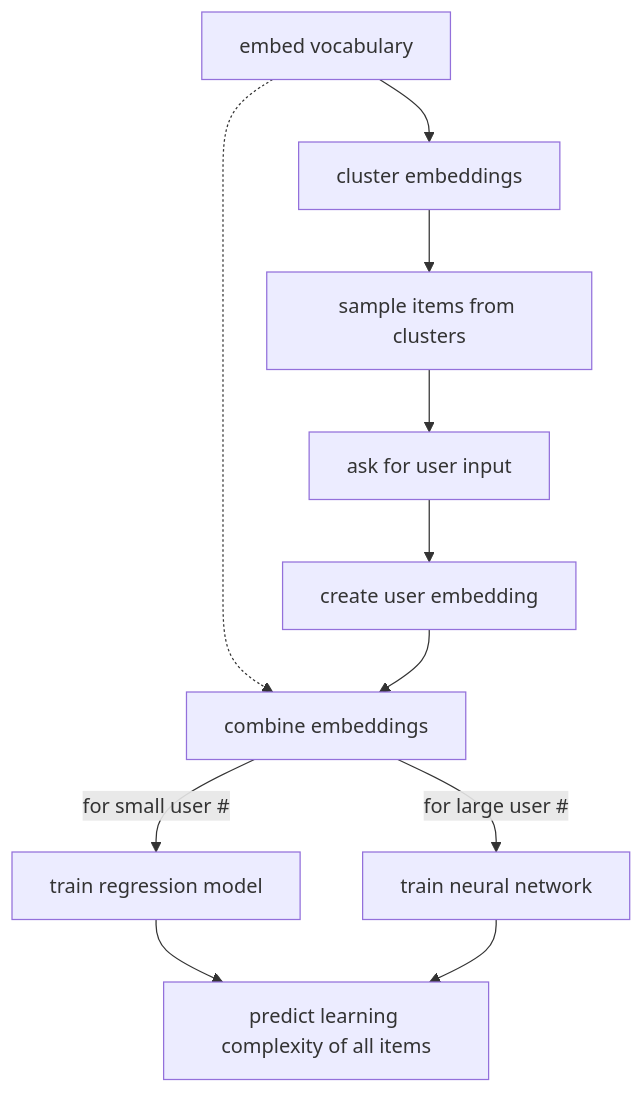
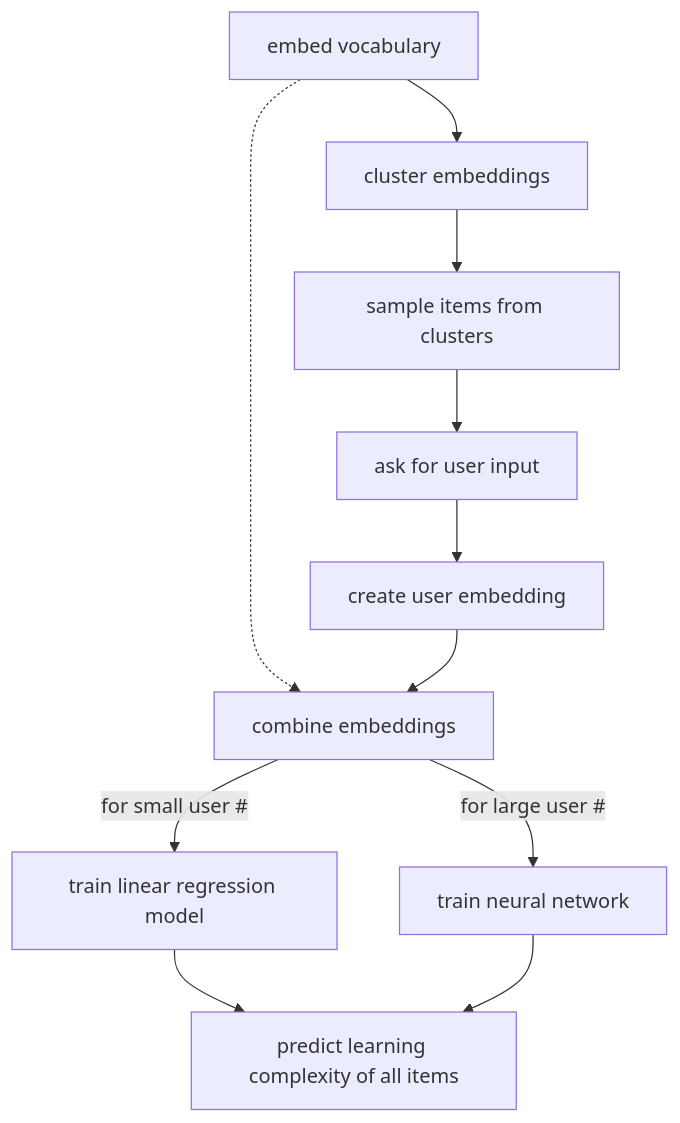
The diagram in README.md (nowemoore/learning_optimiser), drawn with Mermaid before and after one commit. The commit also changed other lines of this file and 1 other file, not shown here.

````diff
--- a/README.md
+++ b/README.md
@@ -41,13 +41,13 @@
 ```mermaid
 flowchart TD;
   Embeddings[embed vocabulary] --> Cluster[cluster embeddings];
   Cluster --> Sample[sample items from clusters];
   Sample --> Input[ask for user input];
   Input --> UserEmbed[create user embedding];
   Embeddings -.-> Combine[combine embeddings];
   UserEmbed --> Combine;
-  Combine -- for small user # --> Reg[train regression model];
+  Combine -- for small user # --> Reg[train linear regression model];
   Combine -- for large user # --> NN[train neural network];
   Reg --> Predict[predict learning complexity of all items];
   NN --> Predict
 ```
````
